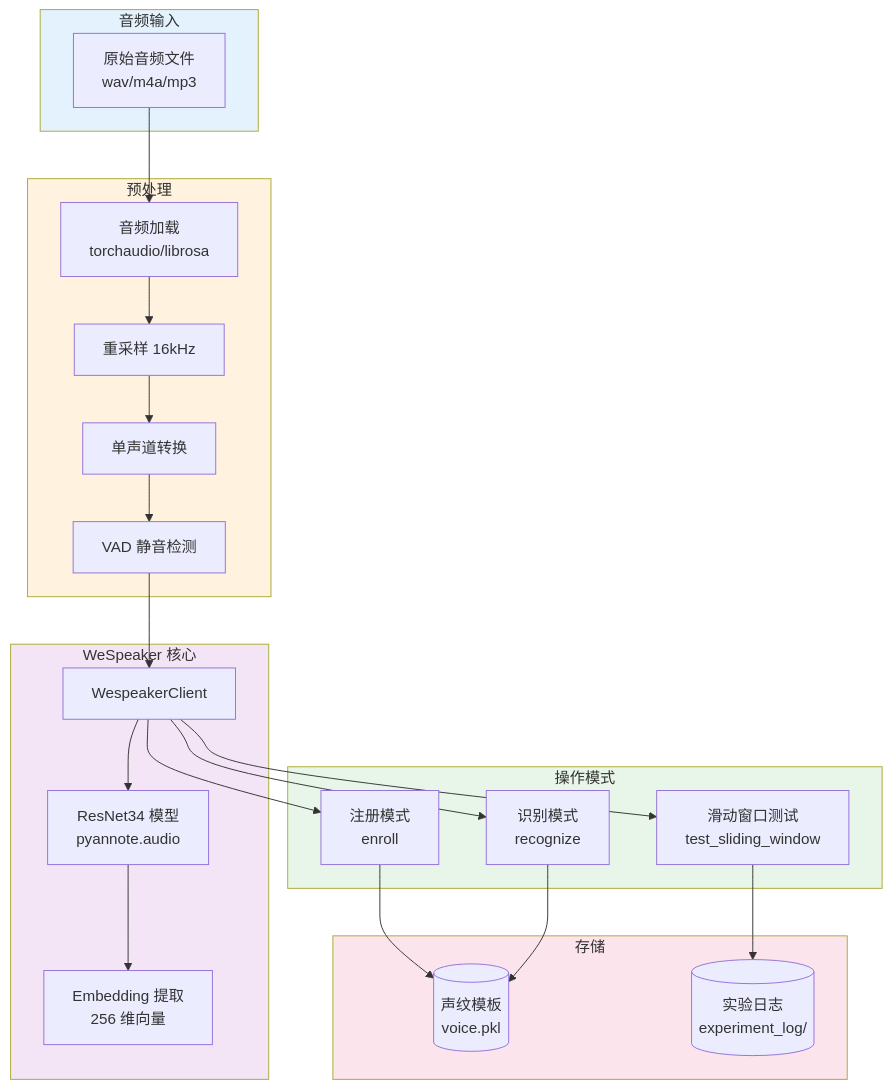
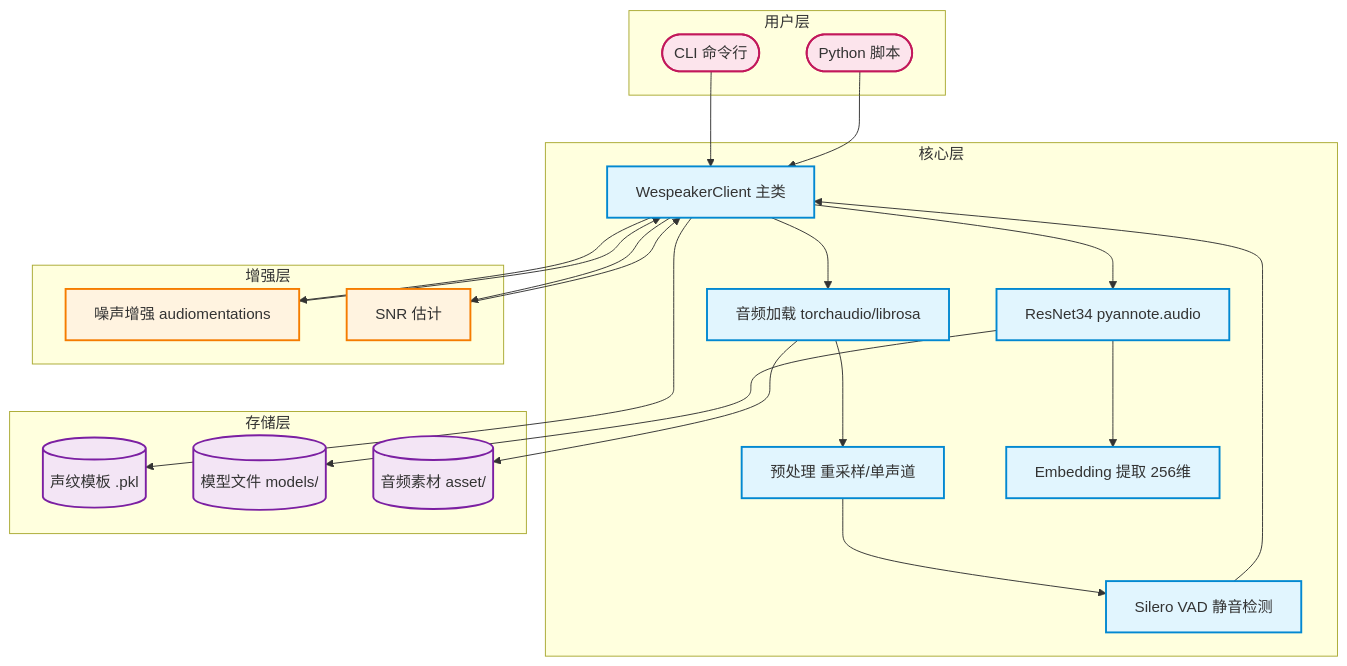
The diagram in docs/diagrams/architecture.md (deepedge-ai-tech/voice-id), drawn with Mermaid before and after one commit. The commit also changed other lines of this file and 5 other files, not shown here.

Commit message:
update diagram

````diff
--- a/docs/diagrams/architecture.md
+++ b/docs/diagrams/architecture.md
@@ -3,42 +3,49 @@
 ```mermaid
 graph TB
-    subgraph Input["音频输入"]
-        A[原始音频文件<br/>wav/m4a/mp3]
+    classDef core fill:#e1f5fe,stroke:#0288d1,stroke-width:2px;
+    classDef storage fill:#f3e5f5,stroke:#7b1fa2,stroke-width:2px;
+    classDef external fill:#fff3e0,stroke:#f57c00,stroke-width:2px;
+    classDef gateway fill:#e8f5e9,stroke:#388e3c,stroke-width:2px;
+    classDef client fill:#fce4ec,stroke:#c2185b,stroke-width:2px;
+
+    subgraph 用户层
+        CLI([CLI 命令行]):::client
+        Script([Python 脚本]):::client
     end
 
-    subgraph Preprocess["预处理"]
-        B[音频加载<br/>torchaudio/librosa]
-        C[重采样 16kHz]
-        D[单声道转换]
-        E[VAD 静音检测]
+    subgraph 核心层
+        Loader[音频加载 torchaudio/librosa]:::core
+        Preprocess[预处理 重采样/单声道]:::core
+        VAD[Silero VAD 静音检测]:::core
+        Client[WespeakerClient 主类]:::core
+        Model[ResNet34 pyannote.audio]:::core
+        Embed[Embedding 提取 256维]:::core
     end
 
-    subgraph Core["WeSpeaker 核心"]
-        F[WespeakerClient]
-        G[ResNet34 模型<br/>pyannote.audio]
-        H[Embedding 提取<br/>256 维向量]
+    subgraph 增强层
+        Augment[噪声增强 audiomentations]:::external
+        SNR[SNR 估计]:::external
     end
 
-    subgraph Operation["操作模式"]
-        I[注册模式<br/>enroll]
-        J[识别模式<br/>recognize]
-        K[滑动窗口测试<br/>test_sliding_window]
+    subgraph 存储层
+        Pkl[(声纹模板 .pkl)]:::storage
+        ModelFile[(模型文件 models/)]:::storage
+        Asset[(音频素材 asset/)]:::storage
     end
 
-    subgraph Storage["存储"]
-        L[(声纹模板<br/>voice.pkl)]
-        M[(实验日志<br/>experiment_log/)]
-    end
-
-    A --> B --> C --> D --> E --> F
-    F --> G --> H
-    F --> I --> L
-    F --> J --> L
-    F --> K --> M
-
-    style Input fill:#e3f2fd
-    style Preprocess fill:#fff3e0
-    style Core fill:#f3e5f5
-    style Operation fill:#e8f5e9
-    style Storage fill:#fce4ec
+    CLI --> Client
+    Script --> Client
+    Client --> Loader
+    Loader --> Preprocess
+    Preprocess --> VAD
+    VAD --> Client
+    Client --> Model
+    Model --> Embed
+    Client --> Augment
+    Client --> SNR
+    Augment --> Client
+    SNR --> Client
+    Client --> Pkl
+    Model --> ModelFile
+    Loader --> Asset
 ```
````
